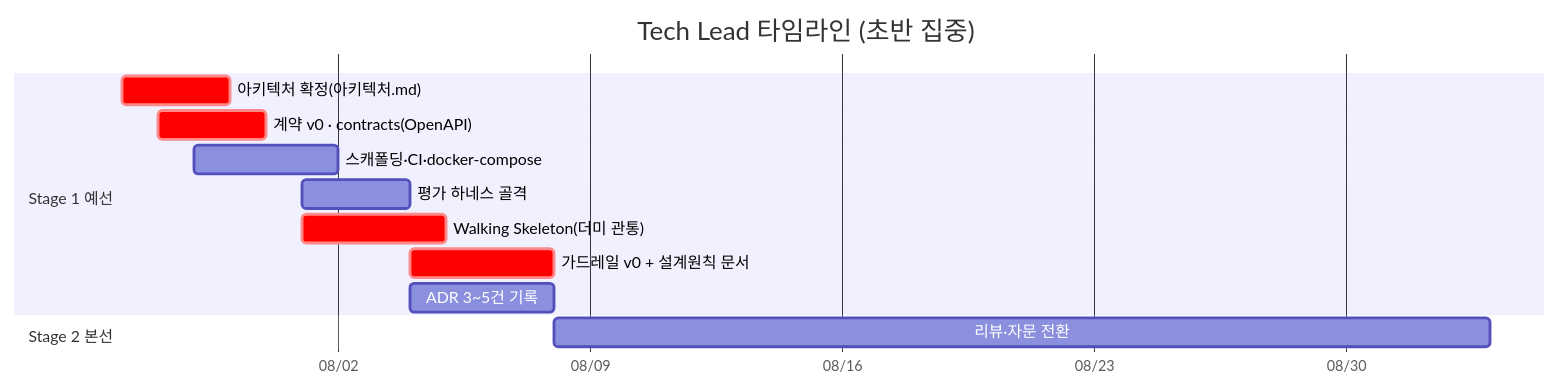
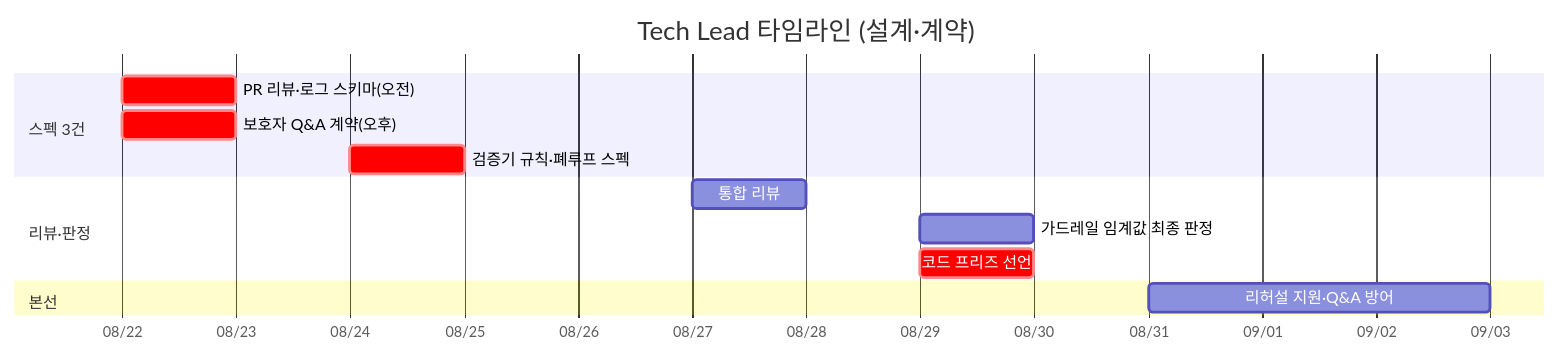
The diagram in docs/역할_일정/02-테크리드.md (team-savers/savers-project), drawn with Mermaid before and after one commit. The commit also changed other lines of this file and 12 other files, not shown here.

````diff
--- a/docs/역할_일정/02-테크리드.md
+++ b/docs/역할_일정/02-테크리드.md
@@ -8,16 +21,16 @@
 ```mermaid
 gantt
-    title Tech Lead 타임라인 (초반 집중)
+    title Tech Lead 타임라인 (설계·계약)
     dateFormat YYYY-MM-DD
     axisFormat %m/%d
-    section Stage 1 예선
-    아키텍처 확정(아키텍처.md) :crit, 2026-07-27, 3d
-    계약 v0 · contracts(OpenAPI)   :crit, 2026-07-28, 3d
-    스캐폴딩·CI·docker-compose      :2026-07-29, 4d
-    평가 하네스 골격               :2026-08-01, 3d
-    Walking Skeleton(더미 관통)     :crit, 2026-08-01, 4d
-    가드레일 v0 + 설계원칙 문서      :crit, 2026-08-04, 4d
-    ADR 3~5건 기록                 :2026-08-04, 4d
-    section Stage 2 본선
-    리뷰·자문 전환                 :2026-08-08, 26d
+    section 스펙 3건
+    PR 리뷰·로그 스키마(오전)  :crit, 2026-08-22, 1d
+    보호자 Q&A 계약(오후)      :crit, 2026-08-22, 1d
+    검증기 규칙·폐루프 스펙    :crit, 2026-08-24, 1d
+    section 리뷰·판정
+    통합 리뷰                :2026-08-27, 1d
+    가드레일 임계값 최종 판정  :2026-08-29, 1d
+    코드 프리즈 선언          :crit, 2026-08-29, 1d
+    section 본선
+    리허설 지원·Q&A 방어      :2026-08-31, 3d
 ```
````
